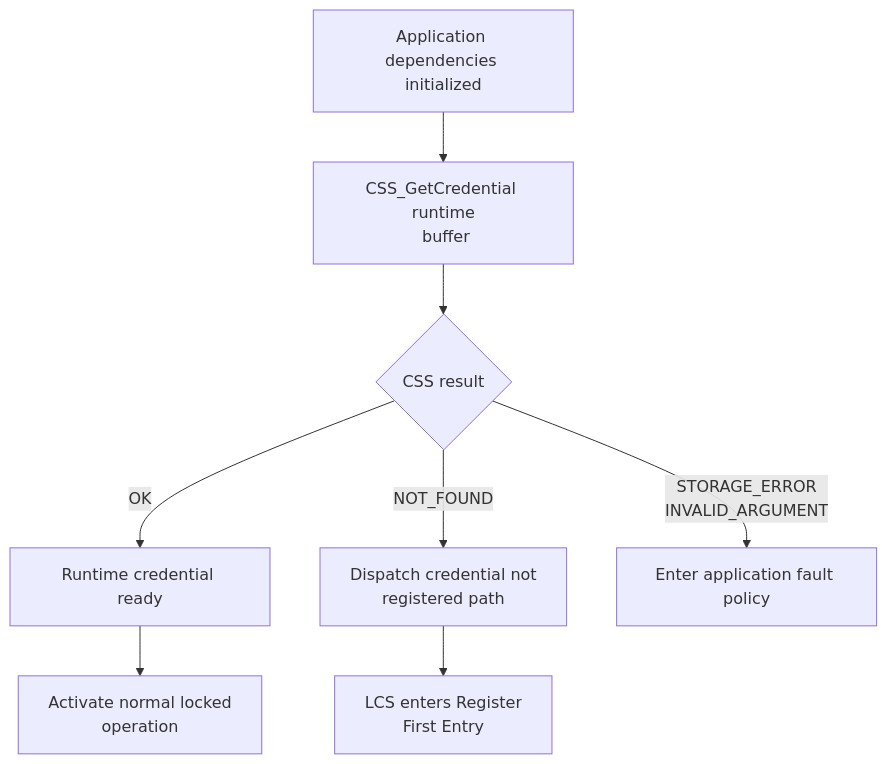
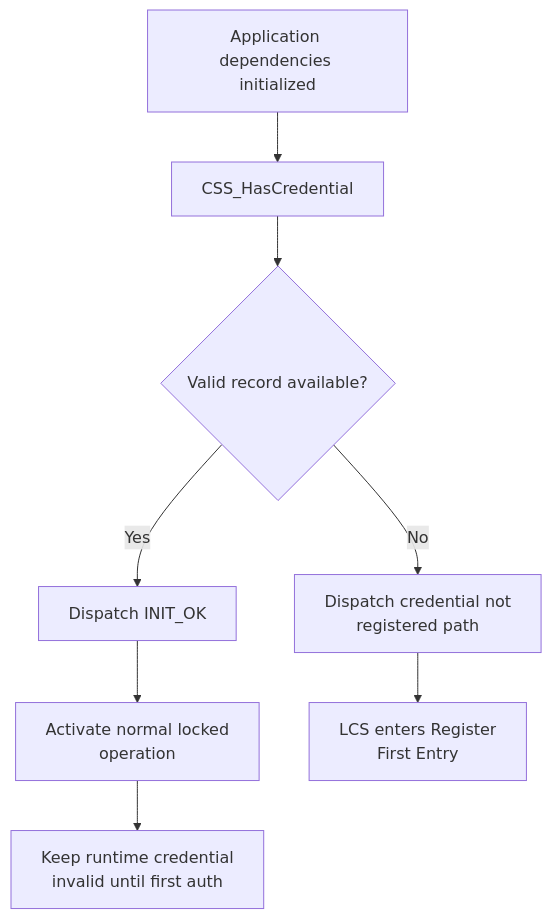
The third of 4 diagrams in Libs/Services/Credential_Storage/README.md (JP-REY/STM32F103C8T6-Based-Electronic-Lock), drawn with Mermaid before and after one commit. The commit also changed other lines of this file and 22 other files, not shown here.

First line of the commit message:
docs: update project architecture and module documentation

````diff
--- a/Libs/Services/Credential_Storage/README.md
+++ b/Libs/Services/Credential_Storage/README.md
@@ -614,10 +618,10 @@
 ```mermaid
 flowchart TD
-    A["Application dependencies <br/>initialized"] --> B["CSS_GetCredential runtime<br/> buffer"]
-    B --> C{"CSS result"}
-    C -->|"OK"| D["Runtime credential ready"]
+    A["Application dependencies <br/>initialized"] --> B["CSS_HasCredential"]
+    B --> C{"Valid record available?"}
+    C -->|"Yes"| D["Dispatch INIT_OK"]
     D --> E["Activate normal locked <br/>operation"]
-    C -->|"NOT_FOUND"| F["Dispatch credential not <br/>registered path"]
-    F --> G["LCS enters Register<br/>First Entry"]
-    C -->|"STORAGE_ERROR<br/>INVALID_ARGUMENT"| H["Enter application fault policy"]
+    E --> F["Keep runtime credential<br/>invalid until first auth"]
+    C -->|"No"| G["Dispatch credential not <br/>registered path"]
+    G --> H["LCS enters Register<br/>First Entry"]
 ```
````
